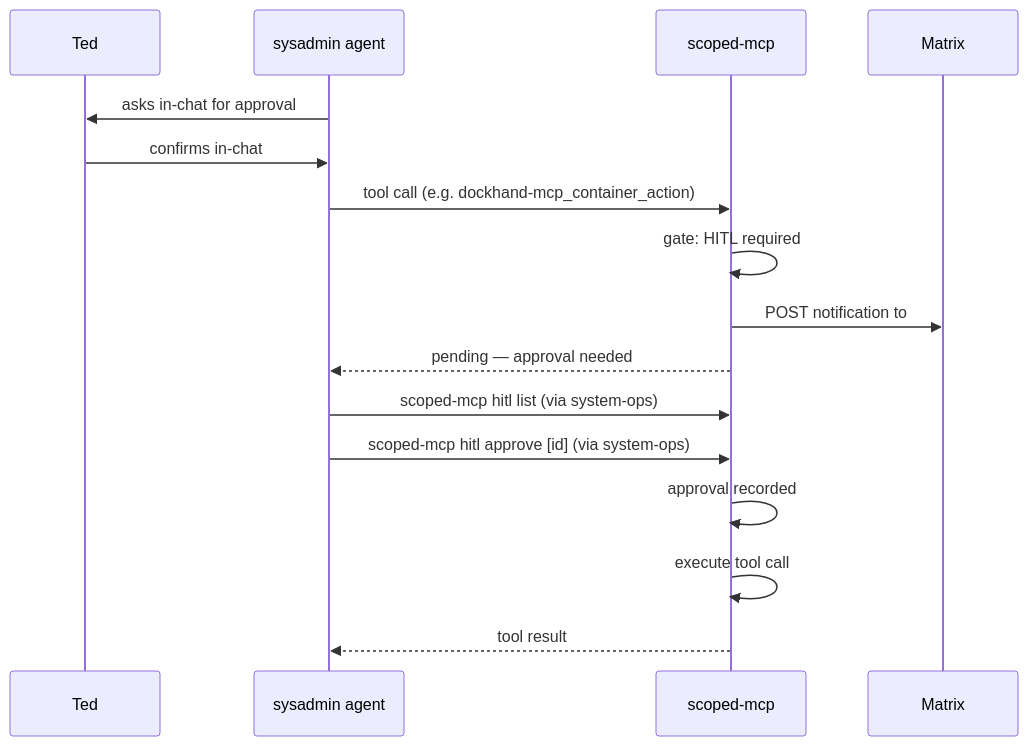
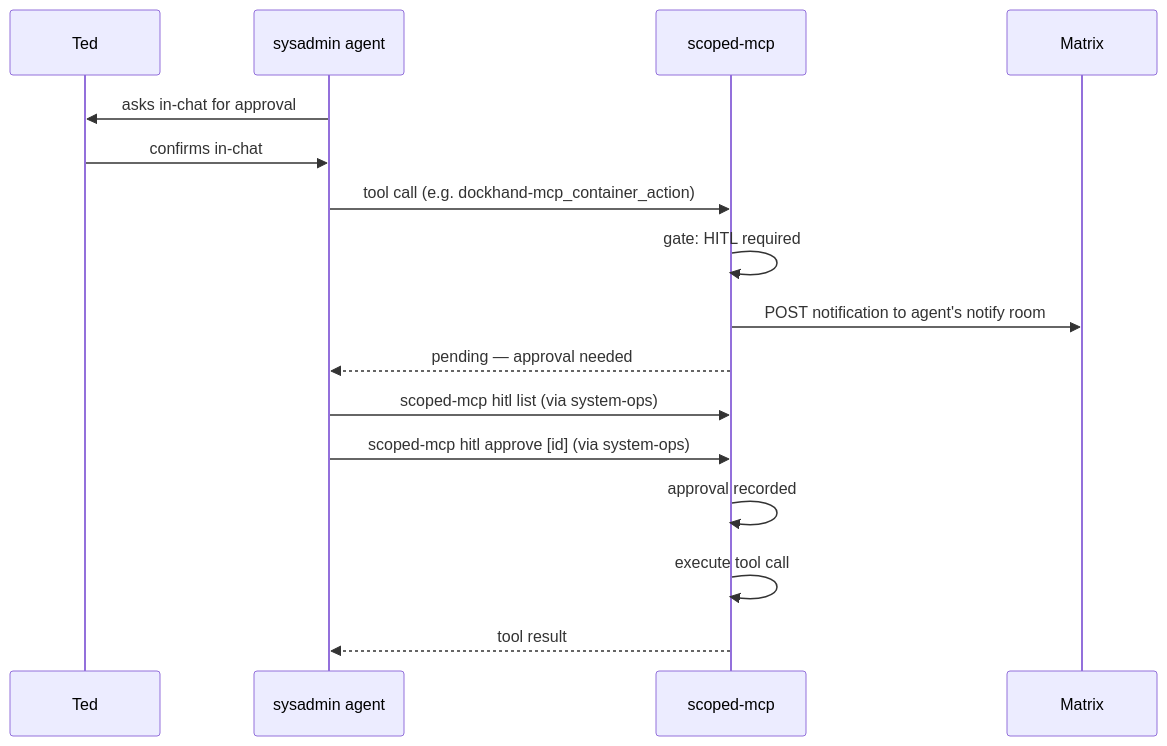
Before and after one commit to TadMSTR/homelab-agent: the second of 3 diagrams in docs/components/agent/scoped-mcp.md, drawn with Mermaid. The commit also changed other lines of this file and 6 other files, not shown here.

First line of the commit message:
docs: fix stale #forge Matrix room refs, memory-search-mcp rename, and manifest deploy path

````diff
--- a/docs/components/agent/scoped-mcp.md
+++ b/docs/components/agent/scoped-mcp.md
@@ -166,21 +177,21 @@
 ```mermaid
 sequenceDiagram
     participant Ted
     participant Agent as sysadmin agent
     participant SM as scoped-mcp
     participant Matrix
 
     Agent->>Ted: asks in-chat for approval
     Ted->>Agent: confirms in-chat
 
     Agent->>SM: tool call (e.g. dockhand-mcp_container_action)
     SM->>SM: gate: HITL required
-    SM->>Matrix: POST notification to #forge
+    SM->>Matrix: POST notification to agent's notify room
     SM-->>Agent: pending — approval needed
 
     Agent->>SM: scoped-mcp hitl list (via system-ops)
     Agent->>SM: scoped-mcp hitl approve [id] (via system-ops)
     SM->>SM: approval recorded
     SM->>SM: execute tool call
     SM-->>Agent: tool result
 ```
````
